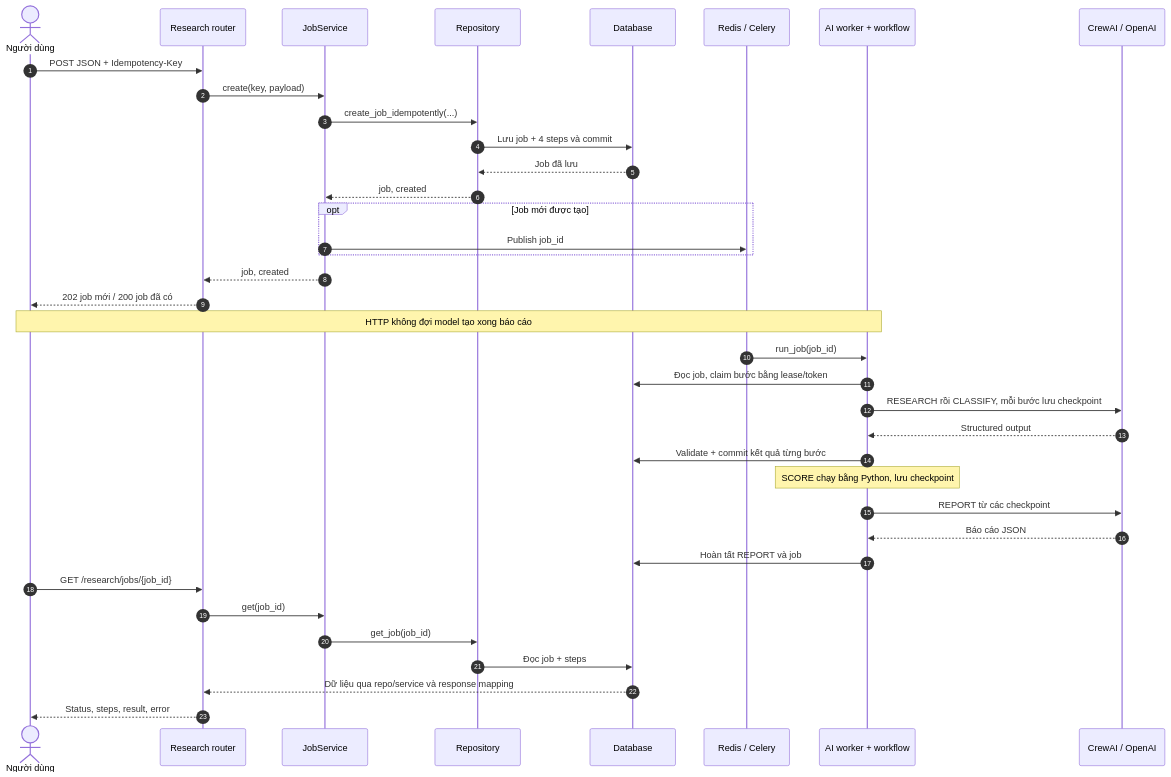
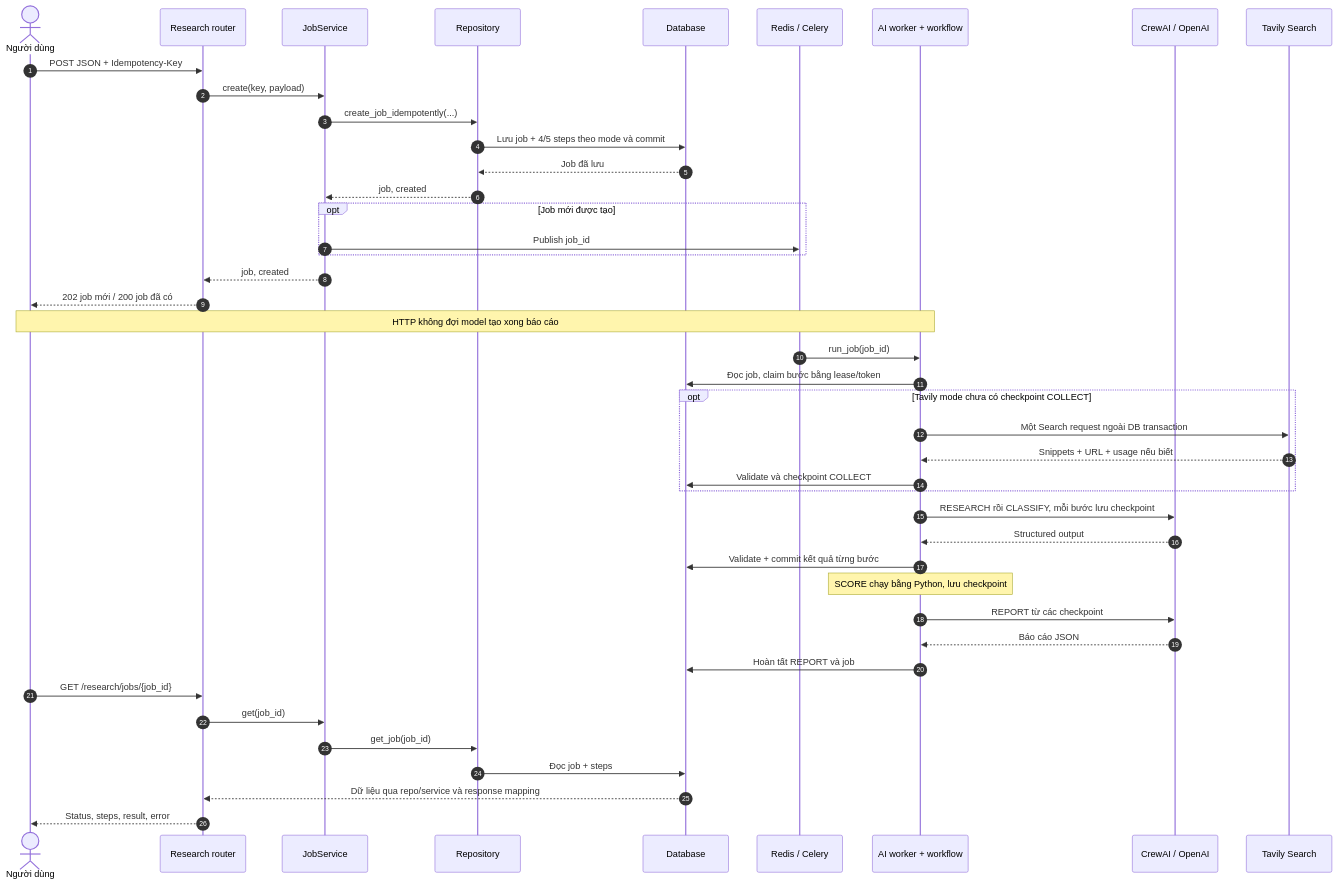
Before and after one commit to thole1986/ai_research_service: the second of 5 diagrams in docs/system-map.vi.md, drawn with Mermaid. The commit also changed other lines of this file and 33 other files, not shown here.

````diff
--- a/docs/system-map.vi.md
+++ b/docs/system-map.vi.md
@@ -79,39 +84,45 @@
 ```mermaid
 sequenceDiagram
     autonumber
     actor User as Người dùng
     participant API as Research router
     participant Service as JobService
     participant Repo as Repository
     participant DB as Database
     participant Queue as Redis / Celery
     participant Worker as AI worker + workflow
     participant LLM as CrewAI / OpenAI
+    participant Tavily as Tavily Search
     User->>API: POST JSON + Idempotency-Key
     API->>Service: create(key, payload)
     Service->>Repo: create_job_idempotently(...)
-    Repo->>DB: Lưu job + 4 steps và commit
+    Repo->>DB: Lưu job + 4/5 steps theo mode và commit
     DB-->>Repo: Job đã lưu
     Repo-->>Service: job, created
     opt Job mới được tạo
         Service->>Queue: Publish job_id
     end
     Service-->>API: job, created
     API-->>User: 202 job mới / 200 job đã có
     Note over User,Worker: HTTP không đợi model tạo xong báo cáo
     Queue->>Worker: run_job(job_id)
     Worker->>DB: Đọc job, claim bước bằng lease/token
+    opt Tavily mode chưa có checkpoint COLLECT
+        Worker->>Tavily: Một Search request ngoài DB transaction
+        Tavily-->>Worker: Snippets + URL + usage nếu biết
+        Worker->>DB: Validate và checkpoint COLLECT
+    end
     Worker->>LLM: RESEARCH rồi CLASSIFY, mỗi bước lưu checkpoint
     LLM-->>Worker: Structured output
     Worker->>DB: Validate + commit kết quả từng bước
     Note over Worker: SCORE chạy bằng Python, lưu checkpoint
     Worker->>LLM: REPORT từ các checkpoint
     LLM-->>Worker: Báo cáo JSON
     Worker->>DB: Hoàn tất REPORT và job
     User->>API: GET /research/jobs/{job_id}
     API->>Service: get(job_id)
     Service->>Repo: get_job(job_id)
     Repo->>DB: Đọc job + steps
     DB-->>API: Dữ liệu qua repo/service và response mapping
     API-->>User: Status, steps, result, error
 ```
````
